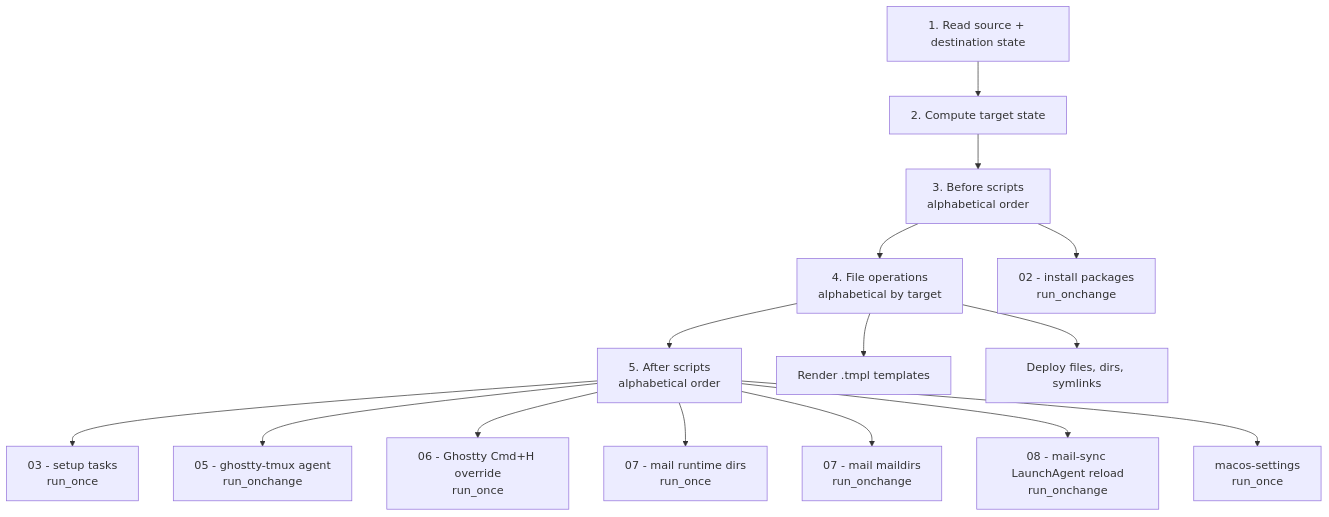
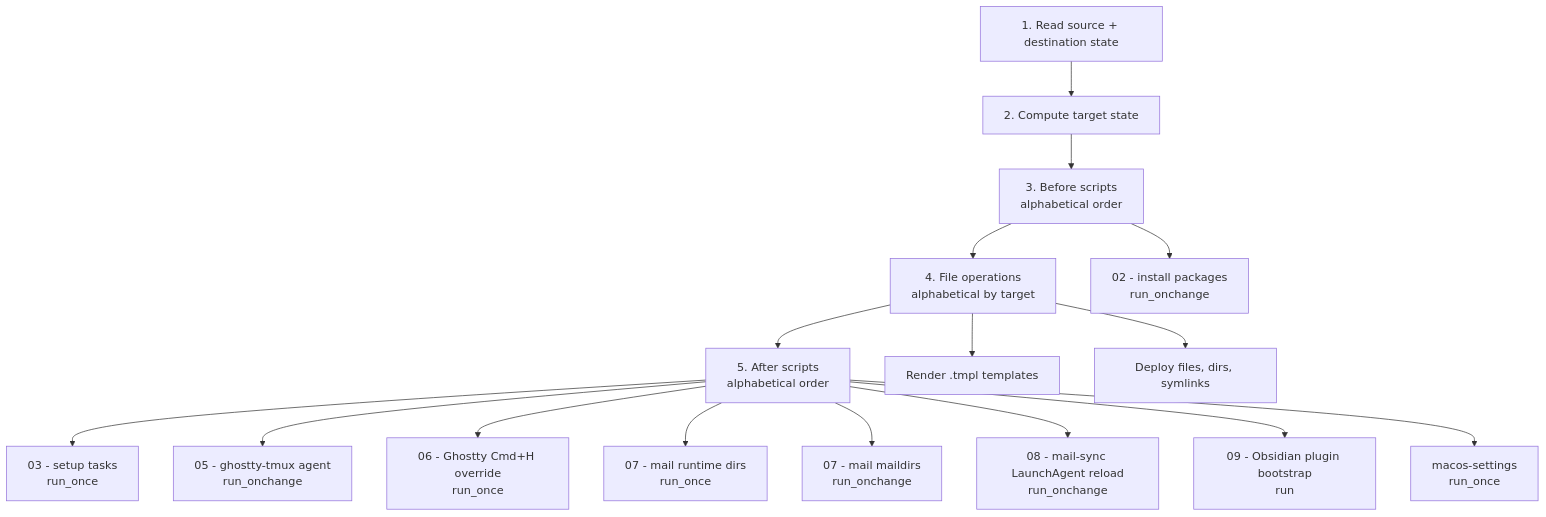
Before and after one commit to Rantaplanb/dotfiles: the diagram in docs/architecture/chezmoi-lifecycle.md, drawn with Mermaid. The commit also changed other lines of this file and 51 other files, not shown here.

````diff
--- a/docs/architecture/chezmoi-lifecycle.md
+++ b/docs/architecture/chezmoi-lifecycle.md
@@ -8,20 +8,21 @@
 ```mermaid
 flowchart TD
   A[1. Read source + destination state] --> B[2. Compute target state]
   B --> C[3. Before scripts<br/>alphabetical order]
   C --> D[4. File operations<br/>alphabetical by target]
   D --> E[5. After scripts<br/>alphabetical order]
 
   C --> C1[02 - install packages<br/>run_onchange]
 
   D --> D1[Render .tmpl templates]
   D --> D2[Deploy files, dirs, symlinks]
 
   E --> E1[03 - setup tasks<br/>run_once]
   E --> E2[05 - ghostty-tmux agent<br/>run_onchange]
   E --> E3[06 - Ghostty Cmd+H override<br/>run_once]
   E --> E4[07 - mail runtime dirs<br/>run_once]
   E --> E5[07 - mail maildirs<br/>run_onchange]
   E --> E6[08 - mail-sync LaunchAgent reload<br/>run_onchange]
-  E --> E7[macos-settings<br/>run_once]
+  E --> E7[09 - Obsidian plugin bootstrap<br/>run]
+  E --> E8[macos-settings<br/>run_once]
 ```
````
